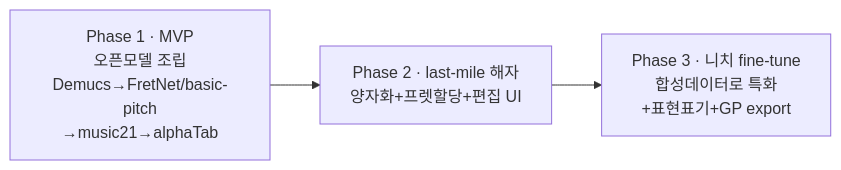
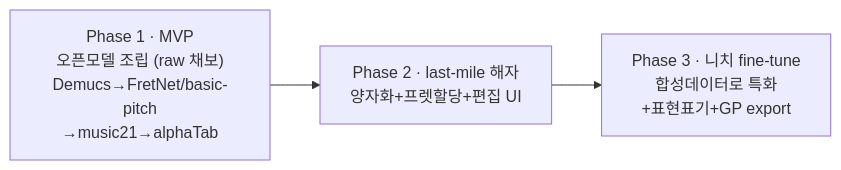
The first of 2 diagrams in 14_제작_로드맵.md (Ellencia/score_transcription), drawn with Mermaid before and after one commit. The commit also changed other lines of this file and 3 other files, not shown here.

````diff
--- a/14_제작_로드맵.md
+++ b/14_제작_로드맵.md
@@ -11,7 +11,7 @@
 ```mermaid
 flowchart LR
-    P1["Phase 1 · MVP<br/>오픈모델 조립<br/>Demucs→FretNet/basic-pitch<br/>→music21→alphaTab"]
+    P1["Phase 1 · MVP<br/>오픈모델 조립 (raw 채보)<br/>Demucs→FretNet/basic-pitch<br/>→music21→alphaTab"]
     P2["Phase 2 · last-mile 해자<br/>양자화+프렛할당+편집 UI"]
     P3["Phase 3 · 니치 fine-tune<br/>합성데이터로 특화<br/>+표현표기+GP export"]
     P1 --> P2 --> P3
 ```
````
